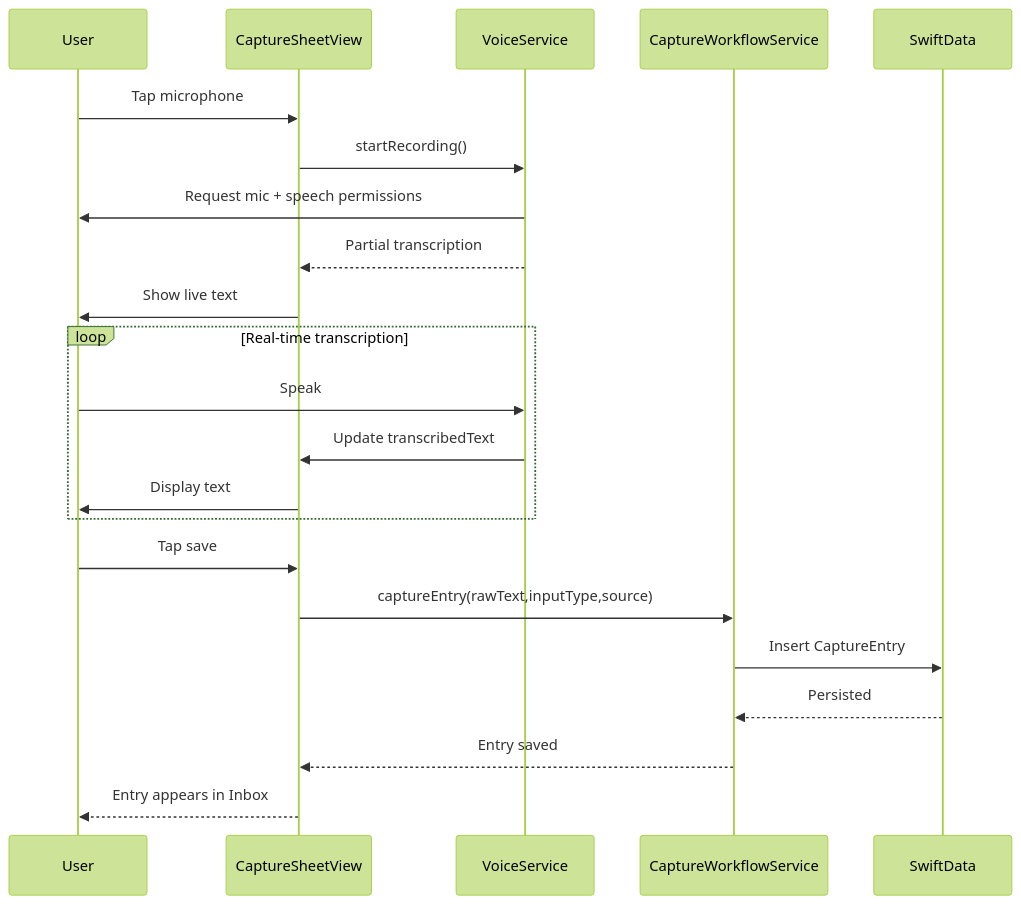
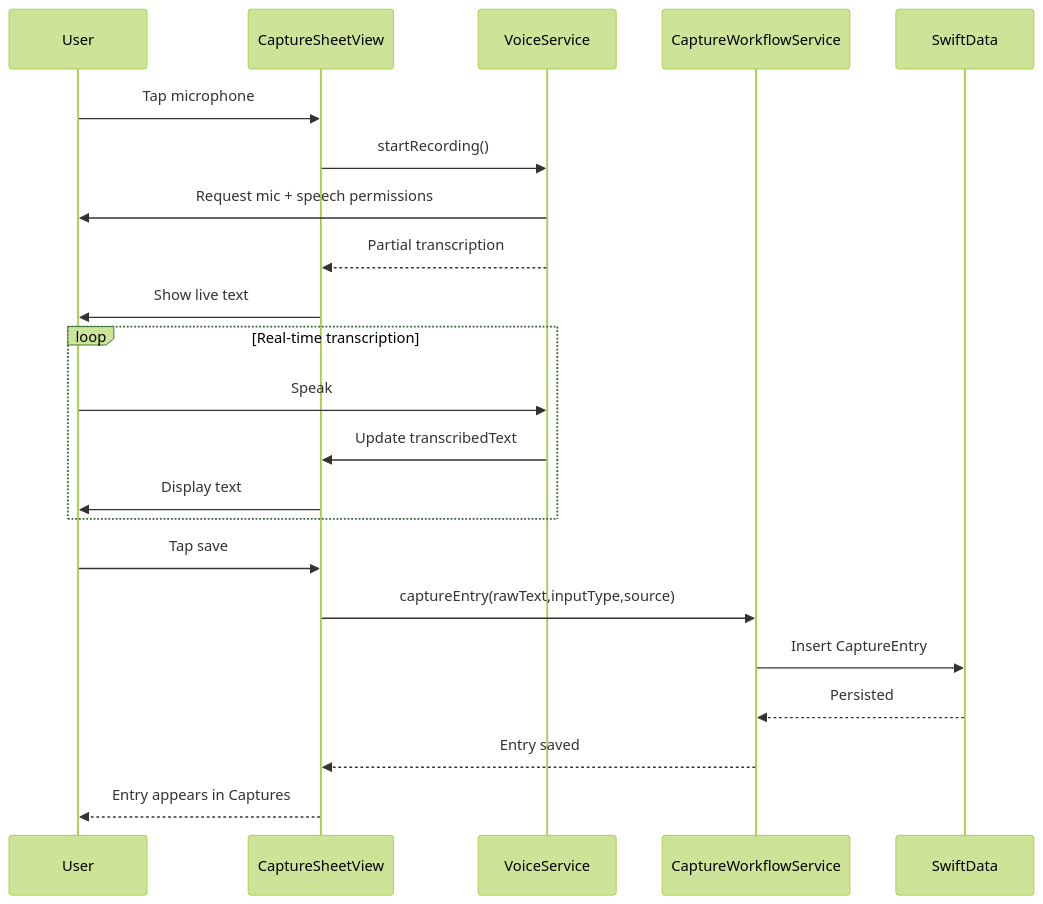
The fourth of 4 diagrams in README.md (Will-Conklin/offload), drawn with Mermaid (forest theme) before and after one commit. The commit also changed other lines of this file and 1 other file, not shown here.

````diff
--- a/README.md
+++ b/README.md
@@ -228,27 +228,27 @@
 ```mermaid
 sequenceDiagram
     participant User
     participant CaptureSheet as CaptureSheetView
     participant VoiceService
     participant Workflow as CaptureWorkflowService
     participant SwiftData
 
     User->>CaptureSheet: Tap microphone
     CaptureSheet->>VoiceService: startRecording()
     VoiceService->>User: Request mic + speech permissions
     VoiceService-->>CaptureSheet: Partial transcription
     CaptureSheet->>User: Show live text
 
     loop Real-time transcription
         User->>VoiceService: Speak
         VoiceService->>CaptureSheet: Update transcribedText
         CaptureSheet->>User: Display text
     end
 
     User->>CaptureSheet: Tap save
     CaptureSheet->>Workflow: captureEntry(rawText,inputType,source)
     Workflow->>SwiftData: Insert CaptureEntry
     SwiftData-->>Workflow: Persisted
     Workflow-->>CaptureSheet: Entry saved
-    CaptureSheet-->>User: Entry appears in Inbox
+    CaptureSheet-->>User: Entry appears in Captures
 ```
````
